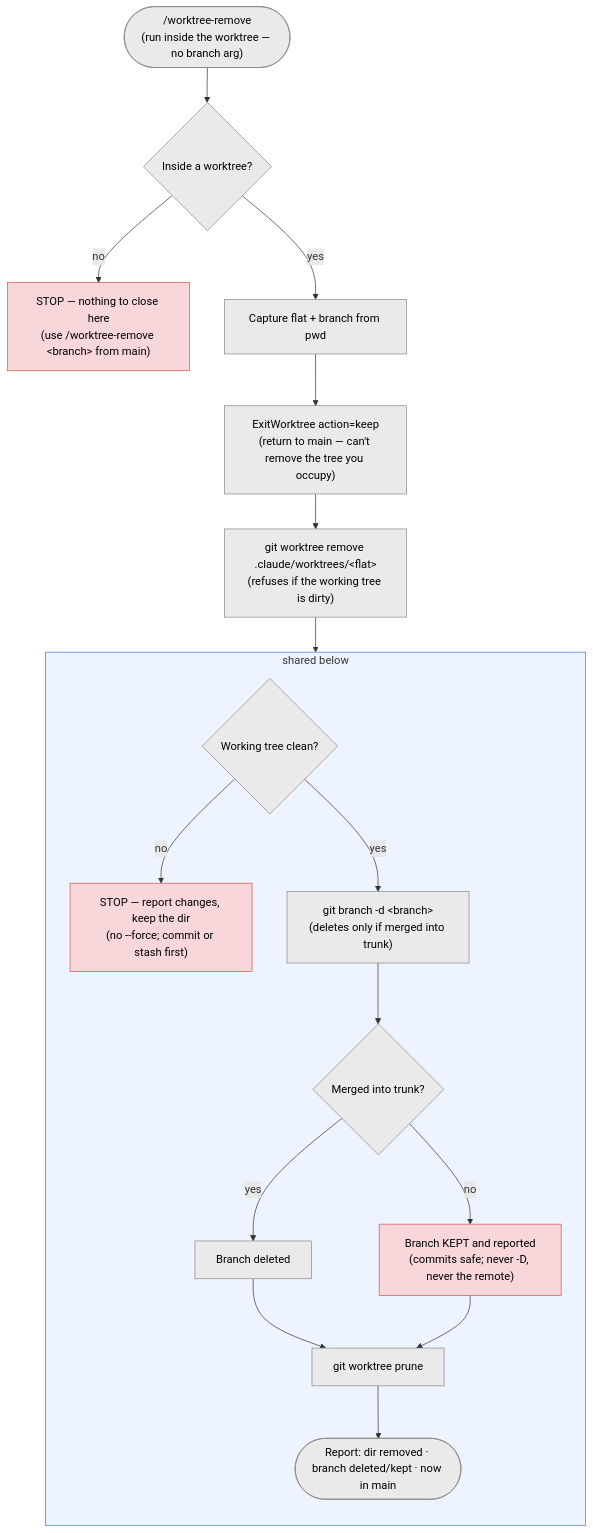
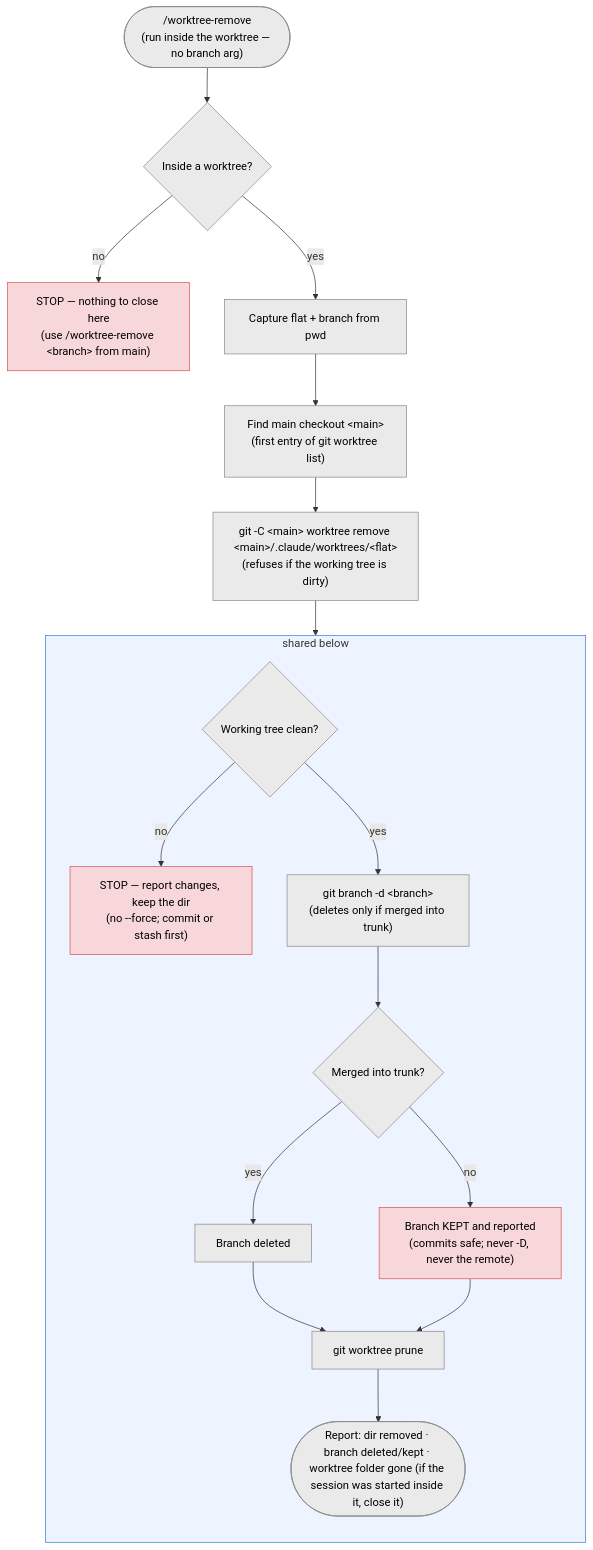
One commit to pilniczek/worktree-toolbox changed the first of 2 diagrams in worktree-per-issue/docs/worktree-remove.md. Above: the diagram before and after it, drawn with Mermaid. The commit also changed other lines of this file and 12 other files, not shown here.

````diff
--- a/worktree-per-issue/docs/worktree-remove.md
+++ b/worktree-per-issue/docs/worktree-remove.md
@@ -24,30 +28,30 @@
 ```mermaid
 flowchart TD
   start(["/worktree-remove<br/>(run inside the worktree — no branch arg)"])
   start --> inside{"Inside a worktree?"}
   inside -->|"no"| stopA["STOP — nothing to close here<br/>(use /worktree-remove &lt;branch&gt; from main)"]
   inside -->|"yes"| capture["Capture flat + branch from pwd"]
-  capture --> exitwt["ExitWorktree action=keep<br/>(return to main — can't remove the tree you occupy)"]
-  exitwt --> removedir["git worktree remove .claude/worktrees/&lt;flat&gt;<br/>(refuses if the working tree is dirty)"]
+  capture --> findmain["Find main checkout &lt;main&gt;<br/>(first entry of git worktree list)"]
+  findmain --> removedir["git -C &lt;main&gt; worktree remove &lt;main&gt;/.claude/worktrees/&lt;flat&gt;<br/>(refuses if the working tree is dirty)"]
 
   subgraph shared["shared below"]
     direction TB
     clean{"Working tree clean?"}
     clean -->|"no"| stopdirty["STOP — report changes, keep the dir<br/>(no --force; commit or stash first)"]
     clean -->|"yes"| delbranch["git branch -d &lt;branch&gt;<br/>(deletes only if merged into trunk)"]
     delbranch --> merged{"Merged into trunk?"}
     merged -->|"yes"| gone["Branch deleted"]
     merged -->|"no"| kept["Branch KEPT and reported<br/>(commits safe; never -D, never the remote)"]
     gone --> prune["git worktree prune"]
     kept --> prune
-    prune --> report(["Report: dir removed · branch deleted/kept · now in main"])
+    prune --> report(["Report: dir removed · branch deleted/kept · worktree folder gone (if the session was started inside it, close it)"])
   end
 
   removedir --> clean
 
   classDef step fill:#eaeaea,stroke:#888,color:#000;
   classDef stop fill:#f8d7da,stroke:#d9534f,color:#000;
-  class start,inside,capture,exitwt,removedir,clean,delbranch,merged,gone,prune,report step;
+  class start,inside,capture,findmain,removedir,clean,delbranch,merged,gone,prune,report step;
   class stopA,stopdirty,kept stop;
   style shared fill:#eef4ff,stroke:#3d7bd6;
 ```
````
